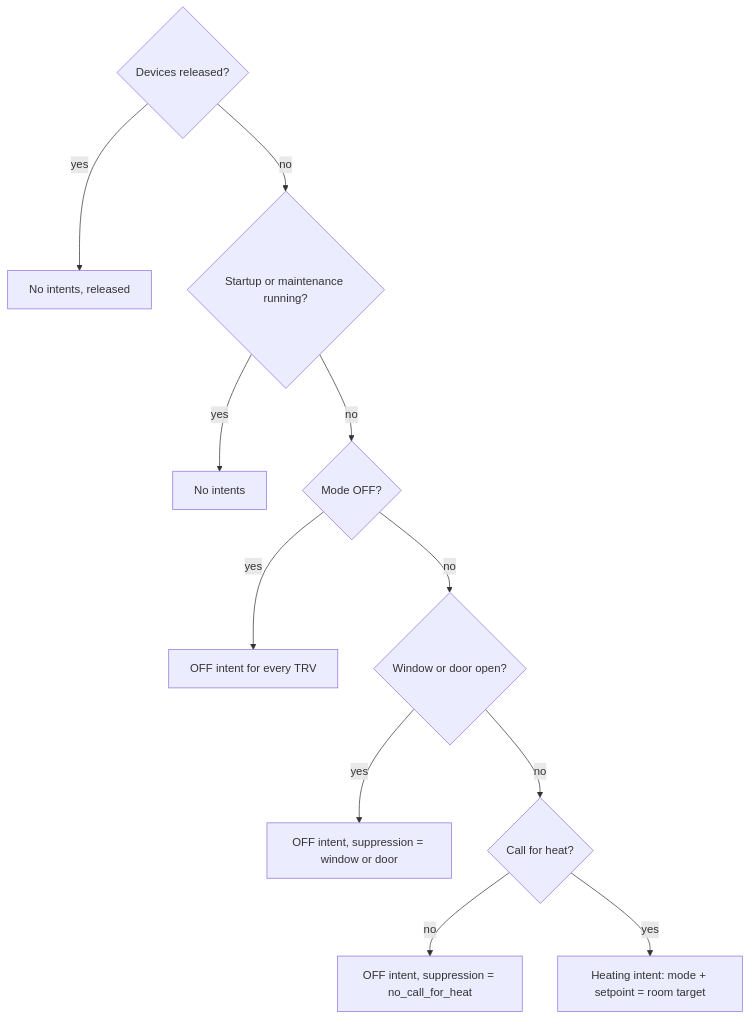
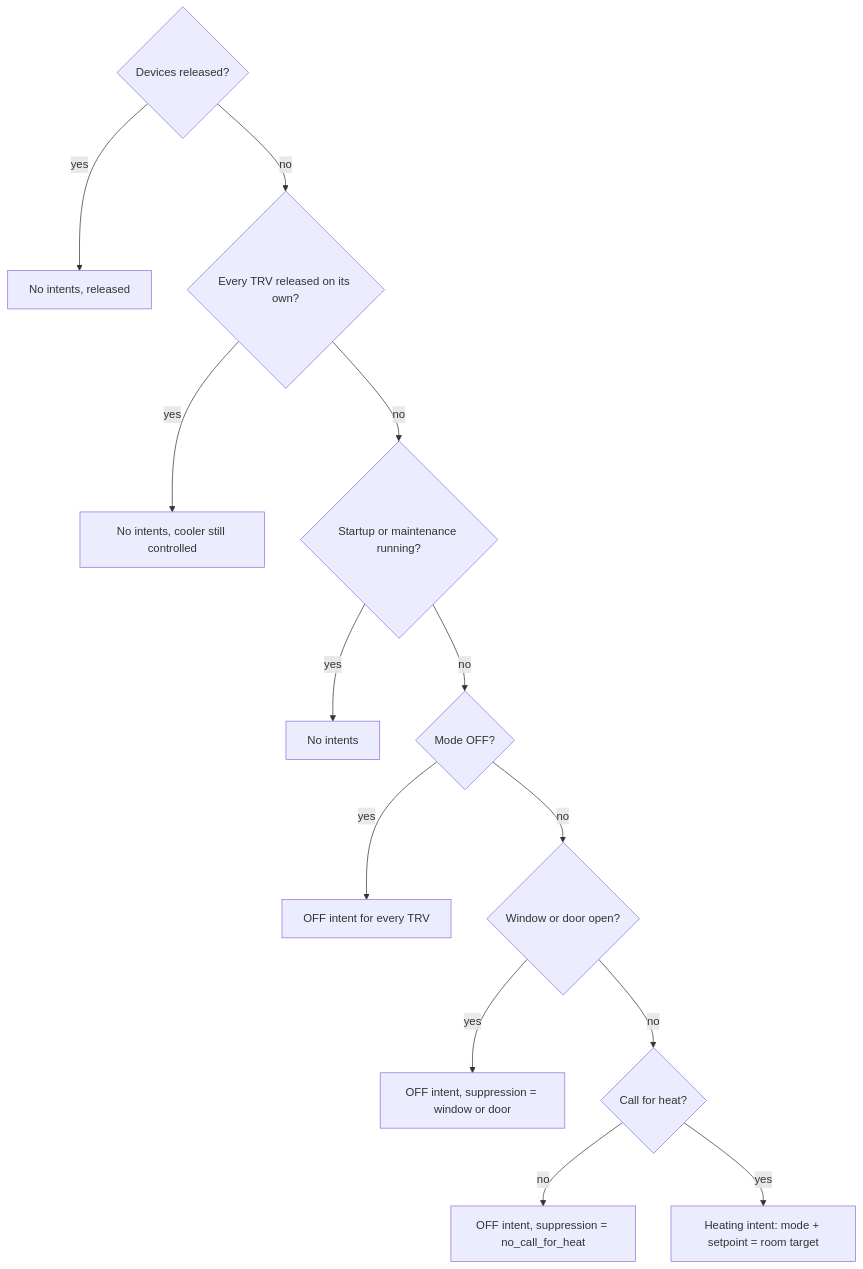
Before and after one commit to KartoffelToby/better_thermostat: the second of 2 diagrams in docs/internals/architecture.md, drawn with Mermaid. The commit also changed other lines of this file and 9 other files, not shown here.

````diff
--- a/docs/internals/architecture.md
+++ b/docs/internals/architecture.md
@@ -88,13 +88,15 @@
 ```mermaid
 flowchart TD
     R{Devices released?} -->|yes| R1[No intents, released]
-    R -->|no| A
+    R -->|no| T{Every TRV released on its own?}
+    T -->|yes| T1[No intents, cooler still controlled]
+    T -->|no| A
     A{Startup or maintenance running?} -->|yes| A1[No intents]
     A -->|no| B{Mode OFF?}
     B -->|yes| B1[OFF intent for every TRV]
     B -->|no| C{Window or door open?}
     C -->|yes| C1[OFF intent, suppression = window or door]
     C -->|no| D{Call for heat?}
     D -->|no| D1[OFF intent, suppression = no_call_for_heat]
     D -->|yes| E[Heating intent: mode + setpoint = room target]
 ```
````
